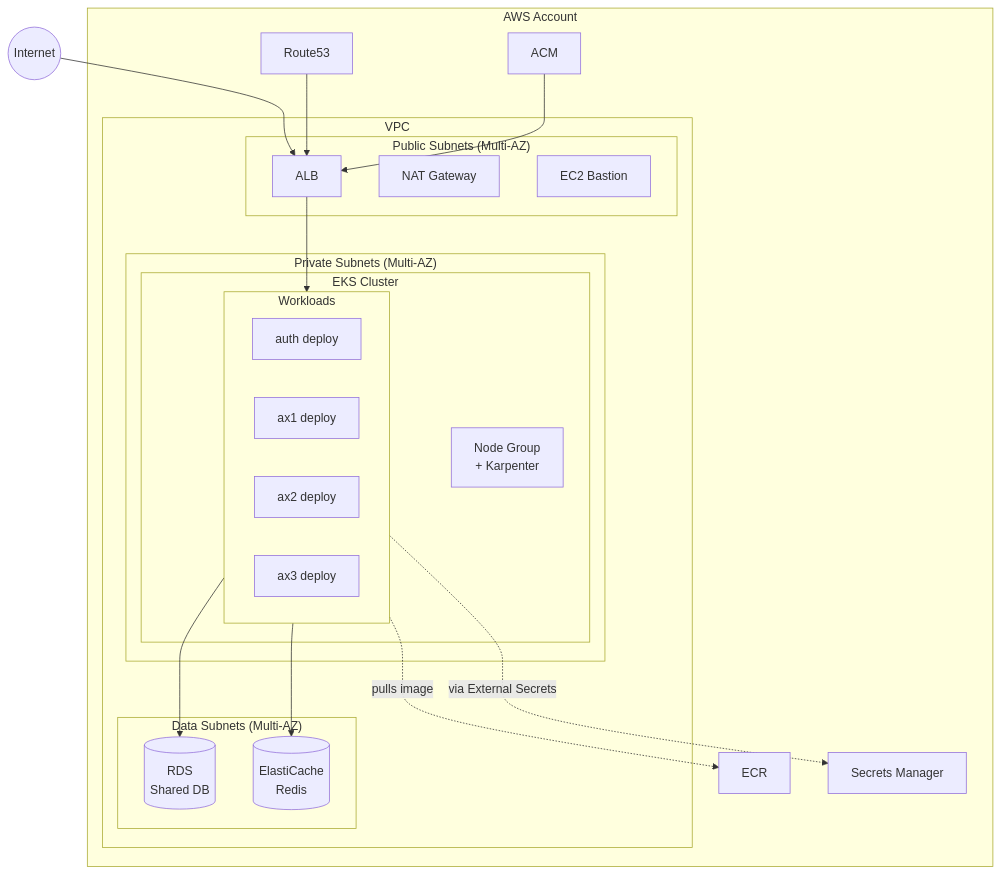
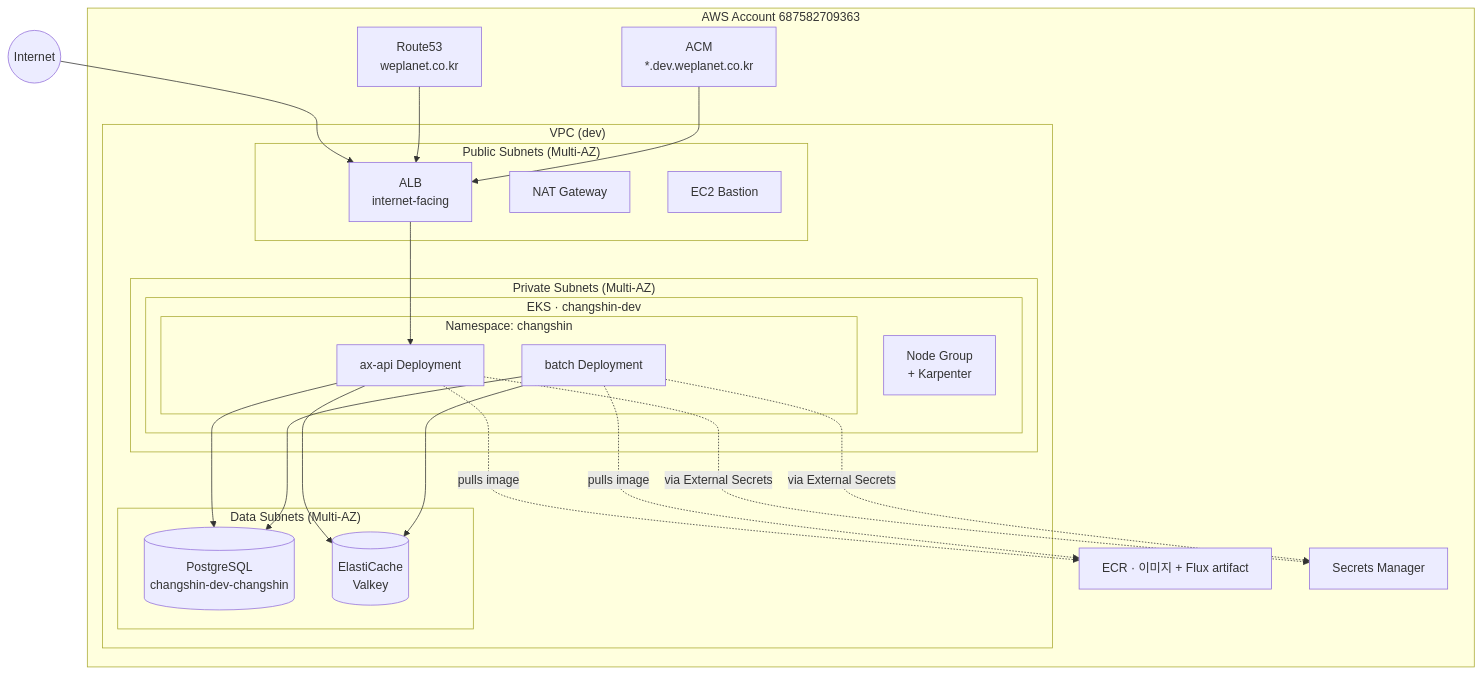
One commit to hakseon-yoo/obsidian-memories changed the first of 2 diagrams in ChangShin/Infrastructure/20 - AWS Deployment.md. Above: the diagram before and after it, drawn with Mermaid. The commit also changed other lines of this file and 16 other files, not shown here.

````diff
--- a/ChangShin/Infrastructure/20 - AWS Deployment.md
+++ b/ChangShin/Infrastructure/20 - AWS Deployment.md
@@ -67,43 +79,45 @@
 ```mermaid
 flowchart TB
-  subgraph AWS["AWS Account"]
-    subgraph VPC["VPC"]
+  subgraph AWS["AWS Account 687582709363"]
+    subgraph VPC["VPC (dev)"]
       subgraph PublicSubnet["Public Subnets (Multi-AZ)"]
-        ALB[ALB]
+        ALB[ALB<br/>internet-facing]
         NAT[NAT Gateway]
         Bastion[EC2 Bastion]
       end
 
       subgraph PrivateSubnet["Private Subnets (Multi-AZ)"]
-        subgraph EKS_Cluster["EKS Cluster"]
+        subgraph EKS["EKS · changshin-dev"]
+          subgraph NS["Namespace: changshin"]
+            AxApi[ax-api Deployment]
+            Batch[batch Deployment]
+          end
           NodeGroup[Node Group<br/>+ Karpenter]
-          subgraph Workloads
-            Auth[auth deploy]
-            AX1[ax1 deploy]
-            AX2[ax2 deploy]
-            AX3[ax3 deploy]
-          end
         end
       end
 
       subgraph DataSubnet["Data Subnets (Multi-AZ)"]
-        RDS[(RDS<br/>Shared DB)]
-        Redis[(ElastiCache<br/>Redis)]
+        RDS[(PostgreSQL<br/>changshin-dev-changshin)]
+        Redis[(ElastiCache<br/>Valkey)]
       end
     end
 
-    ECR[ECR]
-    Route53[Route53]
-    ACM[ACM]
+    ECR[ECR · 이미지 + Flux artifact]
+    Route53[Route53<br/>weplanet.co.kr]
+    ACM[ACM<br/>*.dev.weplanet.co.kr]
     SecretsMgr[Secrets Manager]
   end
 
   Internet((Internet)) --> ALB
-  ALB --> Workloads
-  Workloads --> RDS
-  Workloads --> Redis
-  Workloads -.pulls image.-> ECR
-  Workloads -.via External Secrets.-> SecretsMgr
+  ALB --> AxApi
+  AxApi --> RDS
+  AxApi --> Redis
+  Batch --> RDS
+  Batch --> Redis
+  AxApi -.pulls image.-> ECR
+  Batch -.pulls image.-> ECR
+  AxApi -.via External Secrets.-> SecretsMgr
+  Batch -.via External Secrets.-> SecretsMgr
   Route53 --> ALB
   ACM --> ALB
 ```
````
